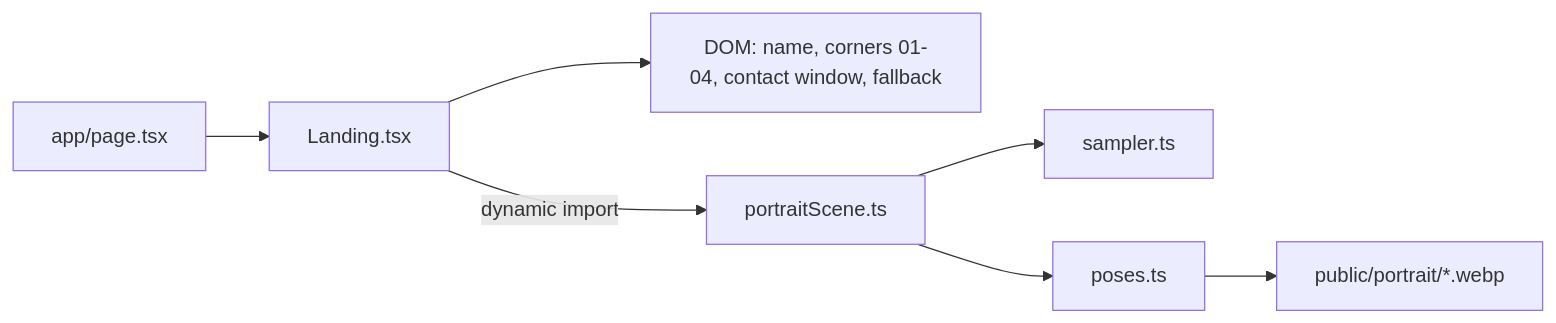
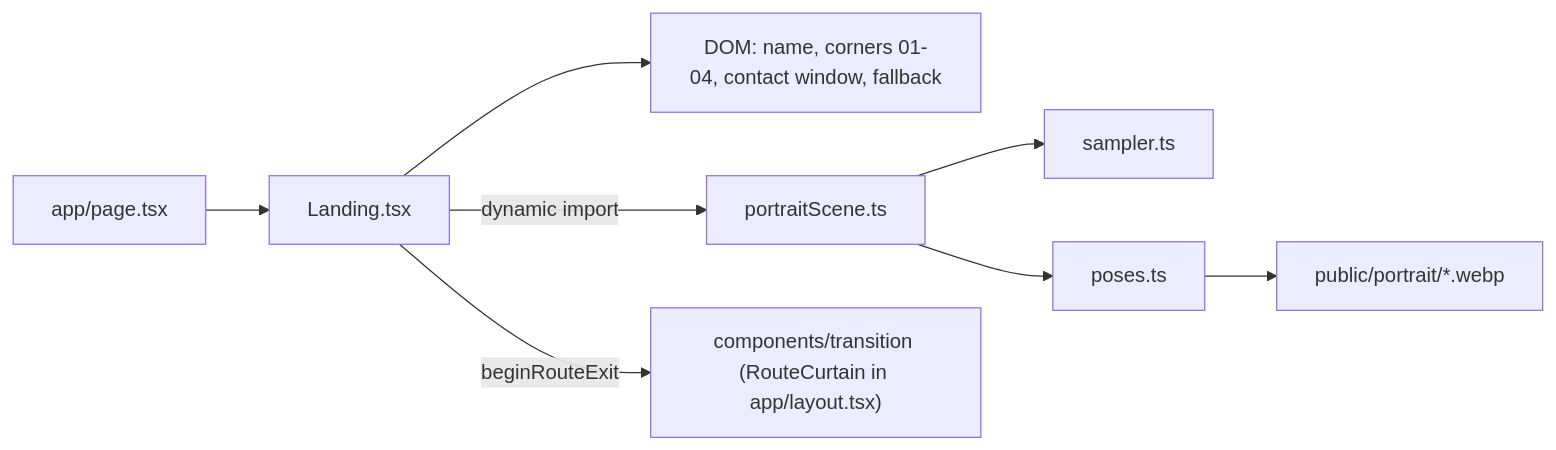
The diagram in docs/pages/portrait-home.md (noowxela/portfolio), drawn with Mermaid before and after one commit. The commit also changed other lines of this file and 7 other files, not shown here.

````diff
--- a/docs/pages/portrait-home.md
+++ b/docs/pages/portrait-home.md
@@ -7,9 +7,10 @@
 ```mermaid
 flowchart LR
   page[app/page.tsx] --> landing[Landing.tsx]
   landing --> dom["DOM: name, corners 01-04, contact window, fallback"]
   landing -->|dynamic import| scene[portraitScene.ts]
   scene --> sampler[sampler.ts]
   scene --> poses[poses.ts]
   poses --> photos["public/portrait/*.webp"]
+  landing -->|beginRouteExit| curtain["components/transition (RouteCurtain in app/layout.tsx)"]
 ```
````
